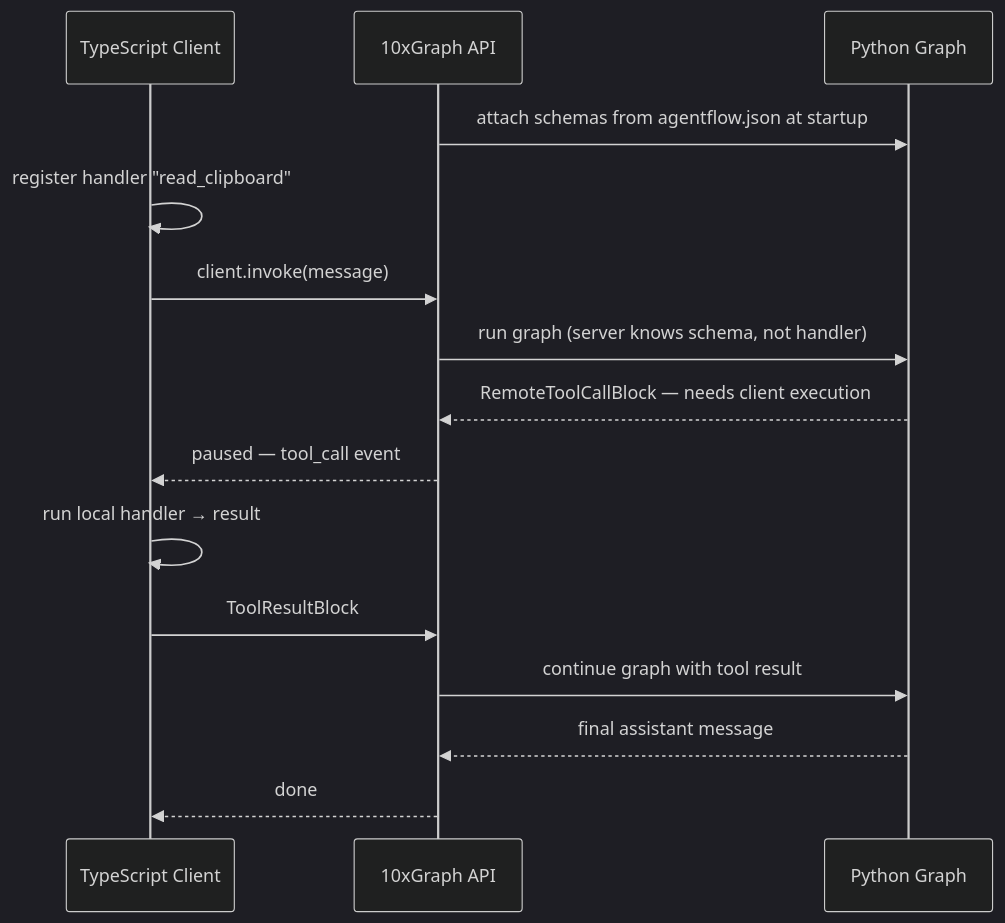
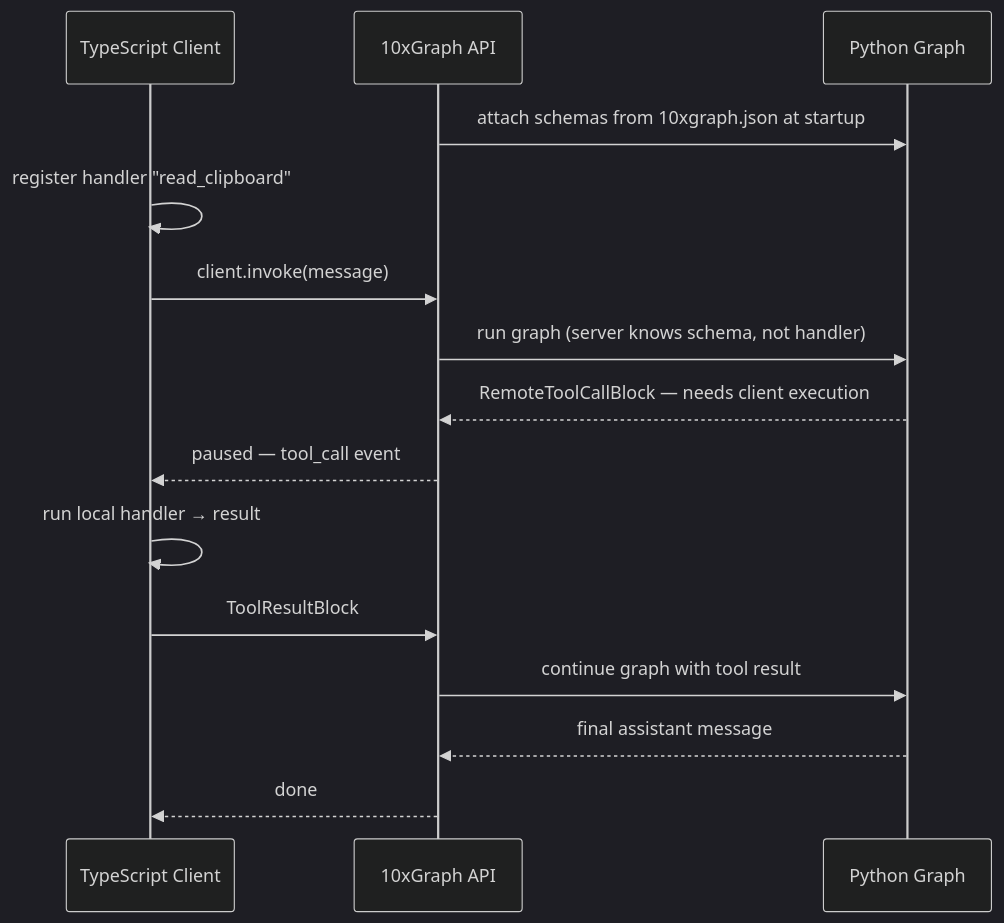
One commit to 10xHub/agentflow-docs changed the second of 2 diagrams in src/content/docs/concepts/connecting-clients.md. Above: the diagram before and after it, drawn with Mermaid (dark theme). The commit also changed other lines of this file and 237 other files, not shown here.

````diff
--- a/src/content/docs/concepts/connecting-clients.md
+++ b/src/content/docs/concepts/connecting-clients.md
@@ -130,18 +130,18 @@
 ```mermaid
 sequenceDiagram
   participant C as TypeScript Client
   participant API as 10xGraph API
   participant G as Python Graph
 
-  API->>G: attach schemas from agentflow.json at startup
+  API->>G: attach schemas from 10xgraph.json at startup
   C->>C: register handler "read_clipboard"
   C->>API: client.invoke(message)
   API->>G: run graph (server knows schema, not handler)
   G-->>API: RemoteToolCallBlock — needs client execution
   API-->>C: paused — tool_call event
   C->>C: run local handler → result
   C->>API: ToolResultBlock
   API->>G: continue graph with tool result
   G-->>API: final assistant message
   API-->>C: done
 ```
````
